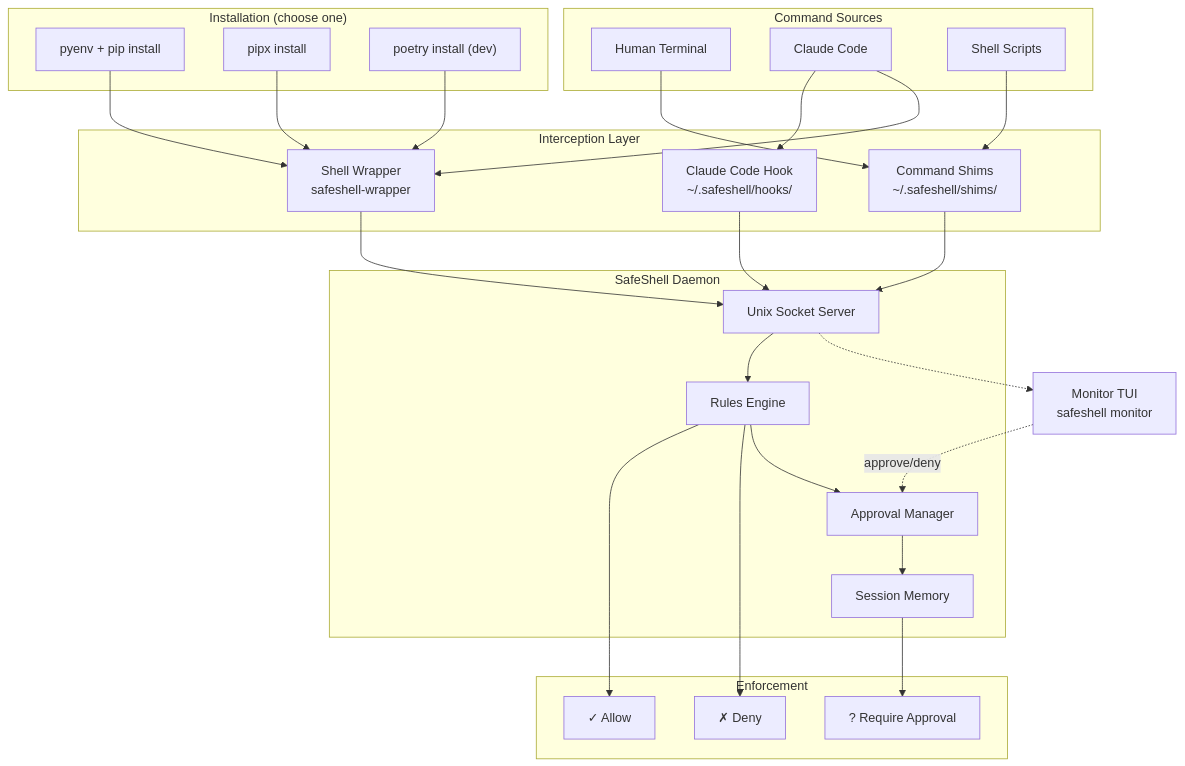
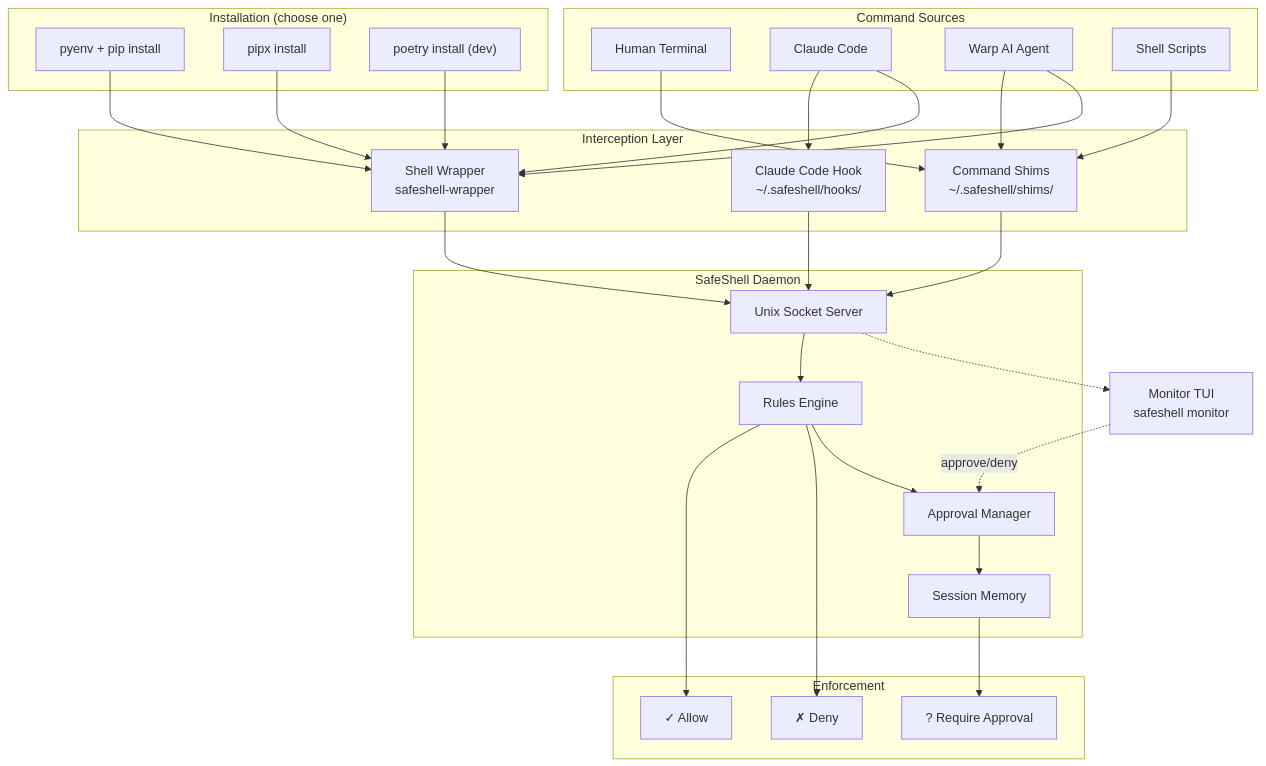
One commit to be-wise-be-kind/safeshell changed the diagram in README.md. Above: the diagram before and after it, drawn with Mermaid. The commit also changed other lines of this file and 7 other files, not shown here.

````diff
--- a/README.md
+++ b/README.md
@@ -28,58 +28,61 @@
 ```mermaid
 flowchart TB
     subgraph Sources["Command Sources"]
         Human["Human Terminal"]
         Claude["Claude Code"]
+        Warp["Warp AI Agent"]
         Scripts["Shell Scripts"]
     end
 
     subgraph Install["Installation (choose one)"]
         Pyenv["pyenv + pip install"]
         Pipx["pipx install"]
         Poetry["poetry install (dev)"]
     end
 
     subgraph Interception["Interception Layer"]
         Shims["Command Shims<br/>~/.safeshell/shims/"]
         Wrapper["Shell Wrapper<br/>safeshell-wrapper"]
         Hook["Claude Code Hook<br/>~/.safeshell/hooks/"]
     end
 
     subgraph Core["SafeShell Daemon"]
         Server["Unix Socket Server"]
         Rules["Rules Engine"]
         Approval["Approval Manager"]
         Memory["Session Memory"]
     end
 
     subgraph Actions["Enforcement"]
         Allow["✓ Allow"]
         Deny["✗ Deny"]
         Require["? Require Approval"]
     end
 
     Monitor["Monitor TUI<br/>safeshell monitor"]
 
     Pyenv --> Wrapper
     Pipx --> Wrapper
     Poetry --> Wrapper
 
     Human --> Shims
     Claude --> Hook
     Claude --> Wrapper
+    Warp --> Shims
+    Warp --> Wrapper
     Scripts --> Shims
 
     Shims --> Server
     Wrapper --> Server
     Hook --> Server
 
     Server --> Rules
     Rules --> Allow
     Rules --> Deny
     Rules --> Approval
     Approval --> Memory
     Memory --> Require
 
     Server -.-> Monitor
     Monitor -.->|approve/deny| Approval
 ```
````
